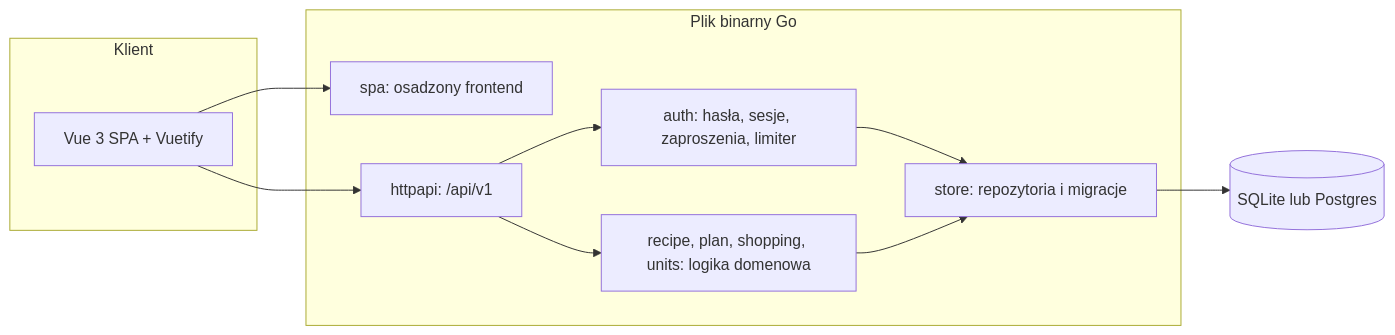
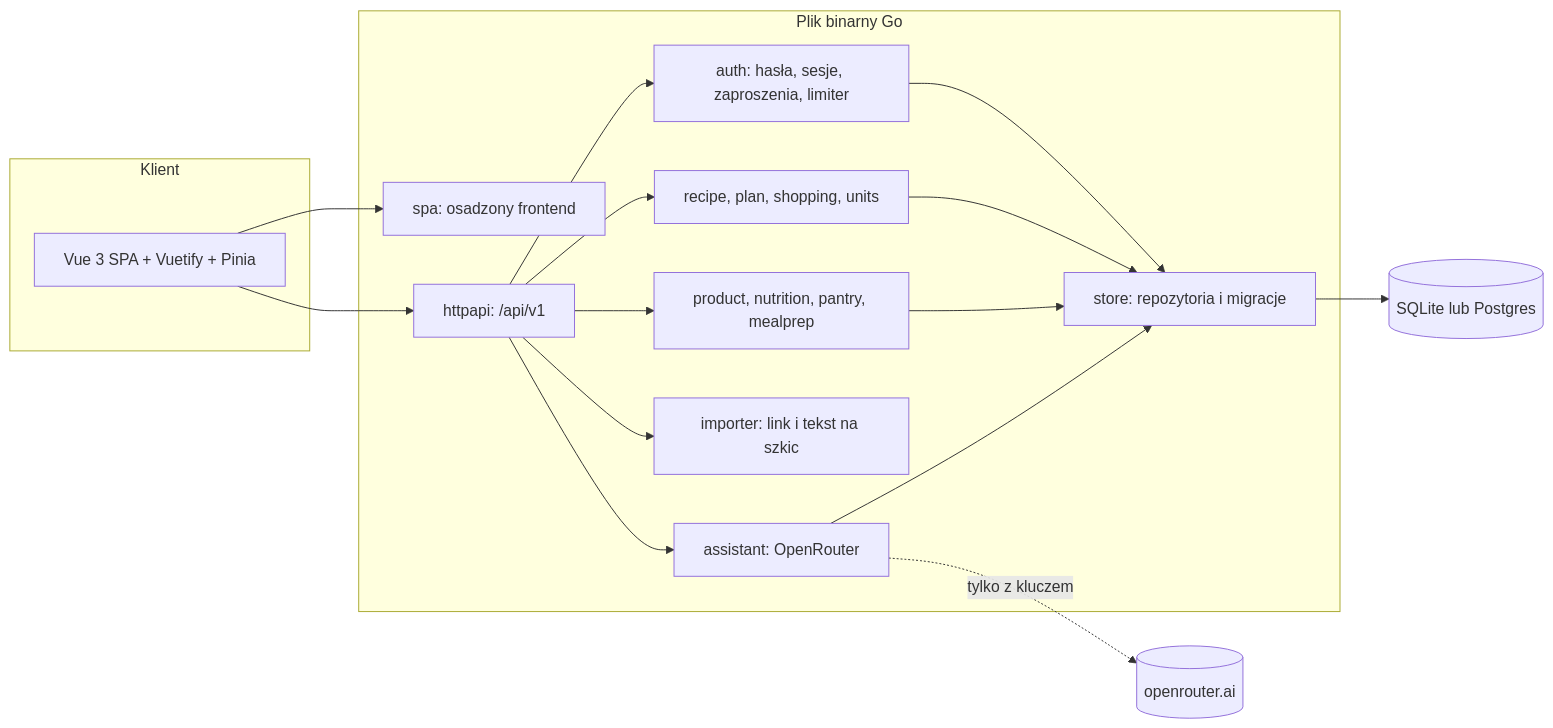
One commit to MarcinCho/mealplan changed the first of 7 diagrams in docs/architecture.md. Above: the diagram before and after it, drawn with Mermaid. The commit also changed other lines of this file and 6 other files, not shown here.

First line of the commit message:
docs: bring README, quickstart and architecture up to date

````diff
--- a/docs/architecture.md
+++ b/docs/architecture.md
@@ -7,18 +7,26 @@
 ```mermaid
 flowchart LR
     subgraph Klient
-        SPA[Vue 3 SPA + Vuetify]
+        SPA[Vue 3 SPA + Vuetify + Pinia]
     end
     subgraph Serwer["Plik binarny Go"]
         SPAH[spa: osadzony frontend]
         API[httpapi: /api/v1]
         AUTH[auth: hasła, sesje, zaproszenia, limiter]
-        DOM[recipe, plan, shopping, units: logika domenowa]
+        DOM[recipe, plan, shopping, units]
+        FOOD[product, nutrition, pantry, mealprep]
+        IMP[importer: link i tekst na szkic]
+        AST[assistant: OpenRouter]
         STORE[store: repozytoria i migracje]
     end
     DB[(SQLite lub Postgres)]
+    OR[(openrouter.ai)]
     SPA --> SPAH
     SPA --> API
     API --> AUTH --> STORE --> DB
     API --> DOM --> STORE
+    API --> FOOD --> STORE
+    API --> IMP
+    API --> AST --> STORE
+    AST -. tylko z kluczem .-> OR
 ```
````
